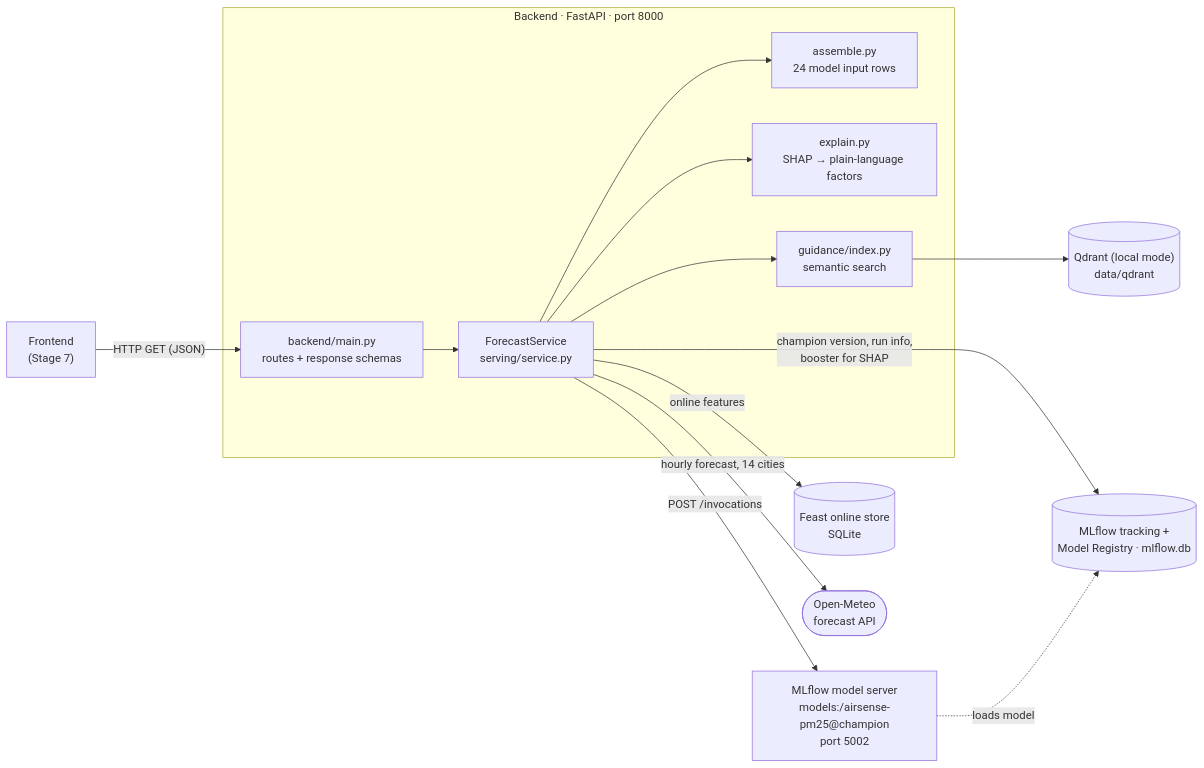
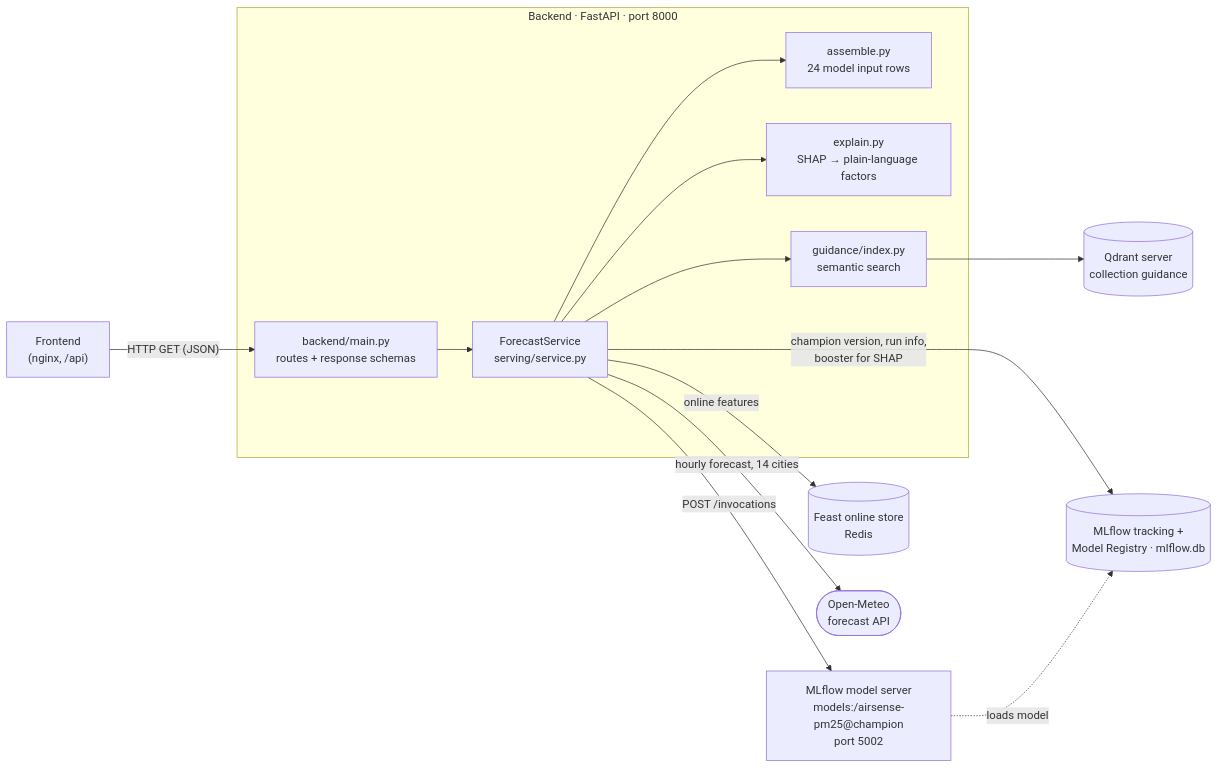
The first of 2 diagrams in docs/lld.md (VNVSRIHARSHA-GITHUB/airsense), drawn with Mermaid before and after one commit. The commit also changed other lines of this file and 3 other files, not shown here.

````diff
--- a/docs/lld.md
+++ b/docs/lld.md
@@ -18,23 +20,23 @@
 ```mermaid
 flowchart LR
-    UI["Frontend<br/>(Stage 7)"] -- "HTTP GET (JSON)" --> API
+    UI["Frontend<br/>(nginx, /api)"] -- "HTTP GET (JSON)" --> API
 
     subgraph backend ["Backend · FastAPI · port 8000"]
         API["backend/main.py<br/>routes + response schemas"]
         SVC["ForecastService<br/>serving/service.py"]
         ASM["assemble.py<br/>24 model input rows"]
         EXP["explain.py<br/>SHAP → plain-language factors"]
         GDX["guidance/index.py<br/>semantic search"]
         API --> SVC
         SVC --> ASM
         SVC --> EXP
         SVC --> GDX
     end
 
     SVC -- "POST /invocations" --> MS["MLflow model server<br/>models:/airsense-pm25@champion<br/>port 5002"]
-    SVC -- "online features" --> FEAST[("Feast online store<br/>SQLite")]
+    SVC -- "online features" --> FEAST[("Feast online store<br/>Redis")]
     SVC -- "hourly forecast, 14 cities" --> OM(["Open-Meteo<br/>forecast API"])
     SVC -- "champion version, run info,<br/>booster for SHAP" --> REG[("MLflow tracking +<br/>Model Registry · mlflow.db")]
-    GDX --> QD[("Qdrant (local mode)<br/>data/qdrant")]
+    GDX --> QD[("Qdrant server<br/>collection guidance")]
     MS -. "loads model" .-> REG
 ```
````
